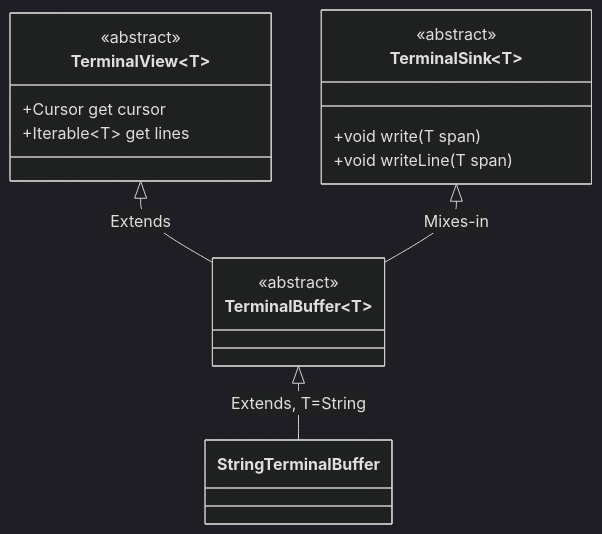
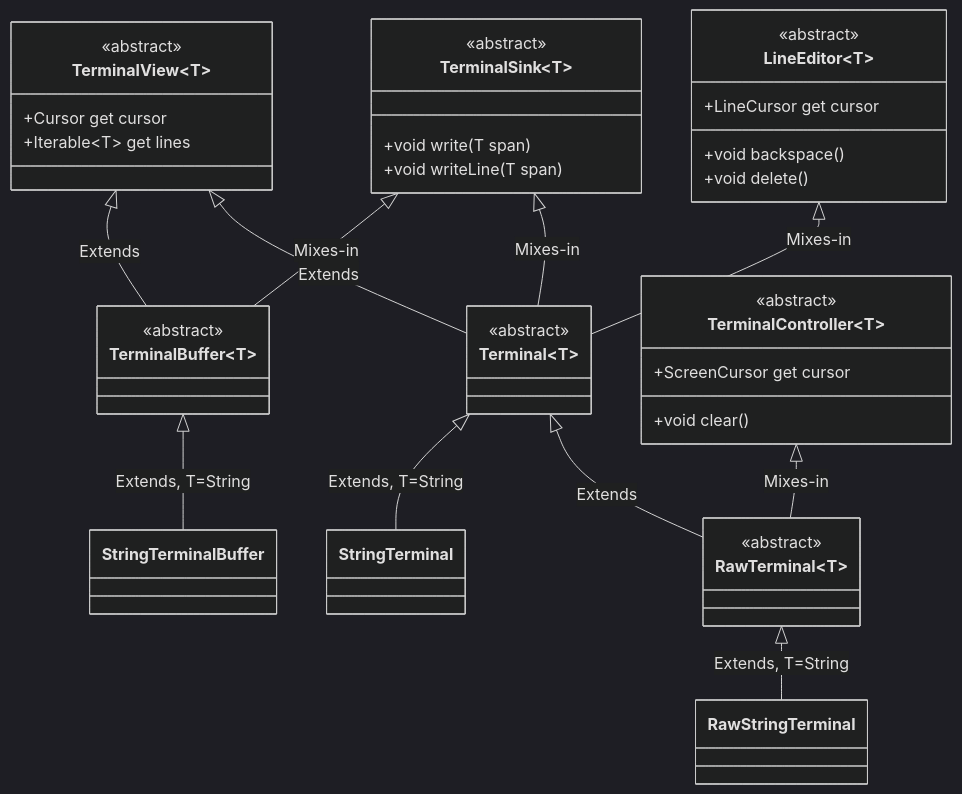
One commit to matanlurey/dt changed the diagram in README.md. Above: the diagram before and after it, drawn with Mermaid (dark theme). The commit also changed 2 other files, not shown here.

Commit message:
Delete old terminal, design the class relationships.

````diff
--- a/README.md
+++ b/README.md
@@ -54,19 +54,45 @@
 ```mermaid
 classDiagram
   class TerminalView~T~
   <<abstract>> TerminalView
     TerminalView~T~ : +Cursor get cursor
     TerminalView~T~ : +Iterable~T~ get lines
   
   class TerminalSink~T~
   <<abstract>> TerminalSink
     TerminalSink~T~ : +void write(T span)
     TerminalSink~T~ : +void writeLine(T span)
 
   class TerminalBuffer~T~
   <<abstract>> TerminalBuffer
-  
+
   TerminalView~T~ <|-- TerminalBuffer~T~ : Extends
   TerminalSink~T~ <|-- TerminalBuffer~T~ : Mixes-in
   TerminalBuffer~T~ <|-- StringTerminalBuffer : Extends, T=String
+
+  class LineEditor~T~
+  <<abstract>> LineEditor
+    LineEditor~T~ : +LineCursor get cursor
+    LineEditor~T~ : +void backspace()
+    LineEditor~T~ : +void delete()
+
+  class Terminal~T~
+  <<abstract>> Terminal
+
+  LineEditor~T~ <|-- Terminal~T~ : Mixes-in
+  TerminalSink~T~ <|-- Terminal~T~ : Mixes-in
+  TerminalView~T~ <|-- Terminal~T~ : Extends
+  Terminal~T~ <|-- StringTerminal : Extends, T=String
+
+  class TerminalController~T~
+  <<abstract>> TerminalController
+    TerminalController~T~ : +void clear()
+    TerminalController~T~ : +ScreenCursor get cursor
+
+  class RawTerminal~T~
+  <<abstract>> RawTerminal
+
+  Terminal~T~ <|-- RawTerminal~T~ : Extends
+  TerminalController~T~ <|-- RawTerminal~T~ : Mixes-in
+  RawTerminal~T~ <|-- RawStringTerminal : Extends, T=String
 ```
````
